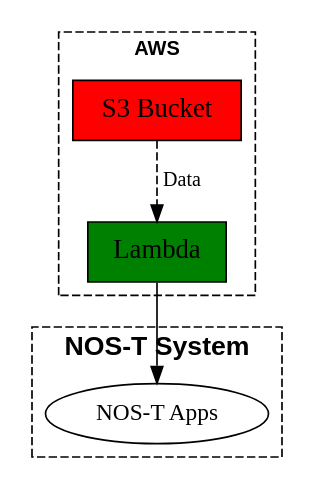
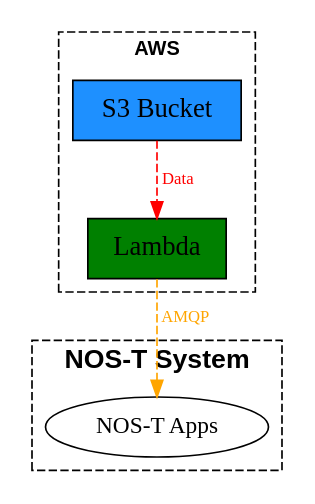
One commit to code-lab-org/sos changed the diagram in docs/aws.dot. Above: the diagram before and after it, drawn with Graphviz. The commit also changed 1 other file, not shown here.

Commit message:
update fig 2

```diff
--- a/docs/aws.dot
+++ b/docs/aws.dot
@@ -1,19 +1,19 @@
 digraph MQTT_PubSub {
     subgraph cluster0 {
         style=dashed;
         label="AWS";
         fontsize=12;
         fontname="Helvetica-Bold";
-        s3 [label="S3 Bucket", shape=rect, style=filled, fillcolor=red, fontsize=16];
+        s3 [label="S3 Bucket", shape=rect, style=filled, fillcolor=dodgerblue, fontsize=16];
         lambda [label="Lambda", shape=rect, style=filled, fillcolor=green, fontsize=16];
     }
-    s3 -> lambda [label="Data", fontsize=12, fontcolor=black, color=black, style=dashed];
+    s3 -> lambda [label="Data", fontsize=10, fontcolor=red, color=red, style=dashed];
     subgraph cluster1 {
         style=dashed;
         label="NOS-T System";
         fontsize=16;
         fontname="Helvetica-Bold";
         nost_apps [label="NOS-T Apps"];
     }
-    lambda -> nost_apps []
+    lambda -> nost_apps [label="AMQP", fontsize=10, fontcolor=orange, color=orange, style=dashed]
 }
```
